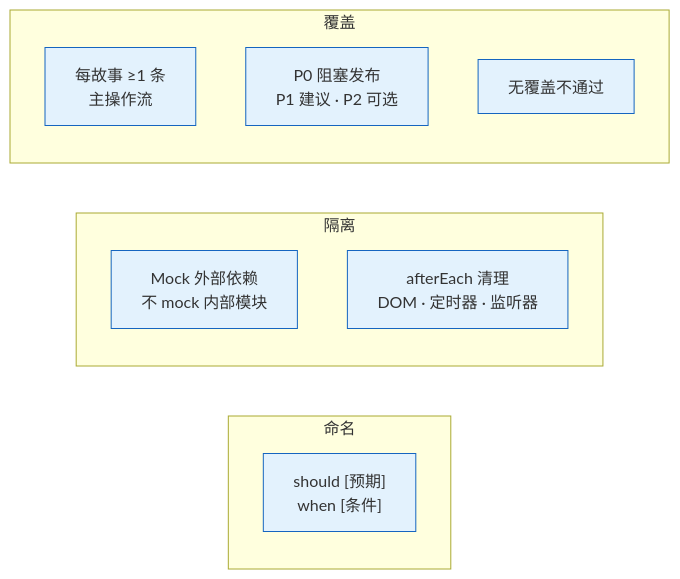
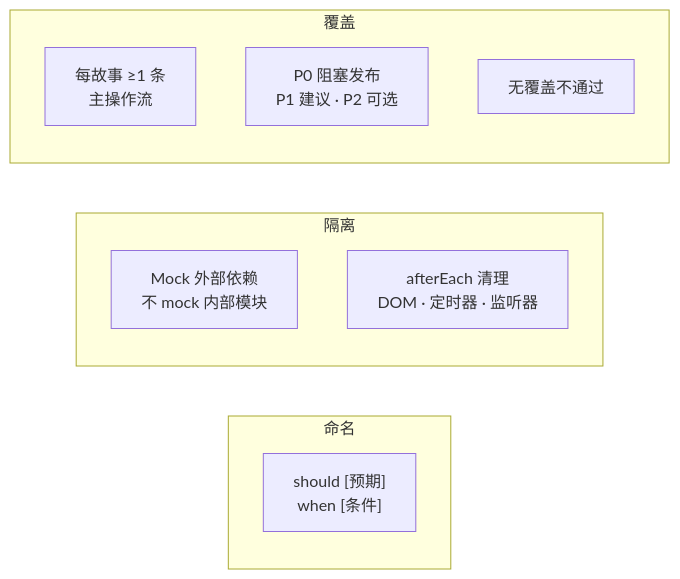
The fourth of 7 diagrams in agents/tester.md (effiy/YrY), drawn with Mermaid before and after one commit. The commit also changed other lines of this file and 9 other files, not shown here.

````diff
--- a/agents/tester.md
+++ b/agents/tester.md
@@ -90,17 +78,16 @@
 ```mermaid
 flowchart LR
     subgraph 命名["命名"]
         R1["should [预期]<br/>when [条件]"]:::rule
     end
     subgraph 隔离["隔离"]
         R2["Mock 外部依赖<br/>不 mock 内部模块"]:::rule
         R3["afterEach 清理<br/>DOM · 定时器 · 监听器"]:::rule
     end
     subgraph 覆盖["覆盖"]
         R4["每故事 ≥1 条<br/>主操作流"]:::rule
         R5["P0 阻塞发布<br/>P1 建议 · P2 可选"]:::rule
         R6["无覆盖不通过"]:::rule
     end
 
-    classDef rule fill:#e3f2fd,stroke:#1565c0;
 ```
````
